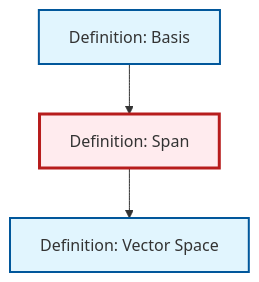
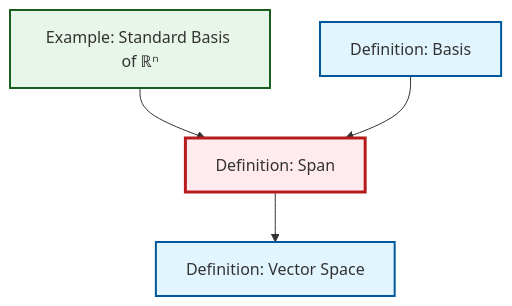
The diagram in content/en/algebra/def-span.qmd (RK0429/ModernMath), drawn with Mermaid before and after one commit. The commit also changed other lines of this file and 203 other files, not shown here.

````diff
--- a/content/en/algebra/def-span.qmd
+++ b/content/en/algebra/def-span.qmd
@@ -47,18 +47,17 @@
 ```{mermaid}
 %%| fig-cap: "Local dependency graph"
 graph TD
     classDef definition fill:#e1f5fe,stroke:#01579b,stroke-width:2px
     classDef theorem fill:#f3e5f5,stroke:#4a148c,stroke-width:2px
     classDef axiom fill:#fff3e0,stroke:#e65100,stroke-width:2px
     classDef example fill:#e8f5e9,stroke:#1b5e20,stroke-width:2px
     classDef current fill:#ffebee,stroke:#b71c1c,stroke-width:3px
     def-span["Definition: Span"]:::definition
+    ex-standard-basis-rn["Example: Standard Basis of ℝⁿ"]:::example
     def-vector-space["Definition: Vector Space"]:::definition
     def-basis["Definition: Basis"]:::definition
     def-span --> def-vector-space
+    ex-standard-basis-rn --> def-span
     def-basis --> def-span
     class def-span current
-
-    click def-vector-space "def-vector-space.html" "Go to Vector Space definition"
-    click def-basis "def-basis.html" "Go to Basis definition"
 ```
````
